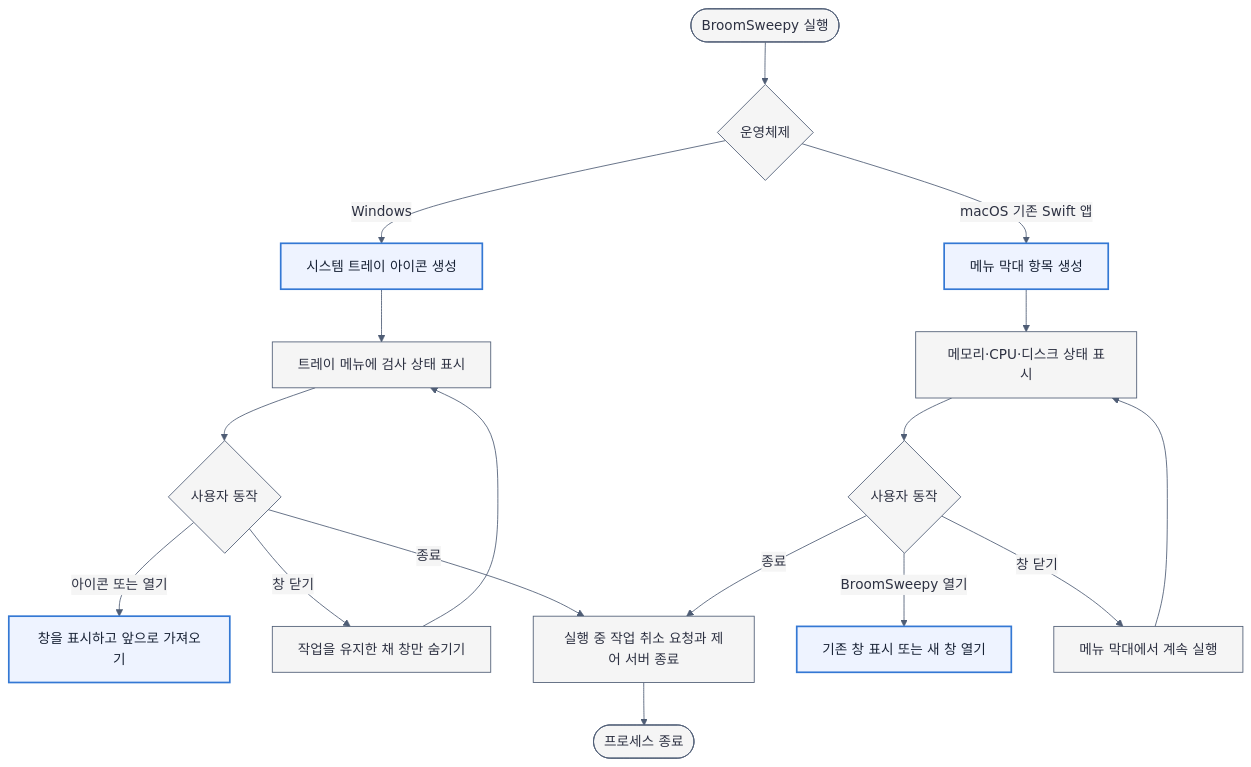
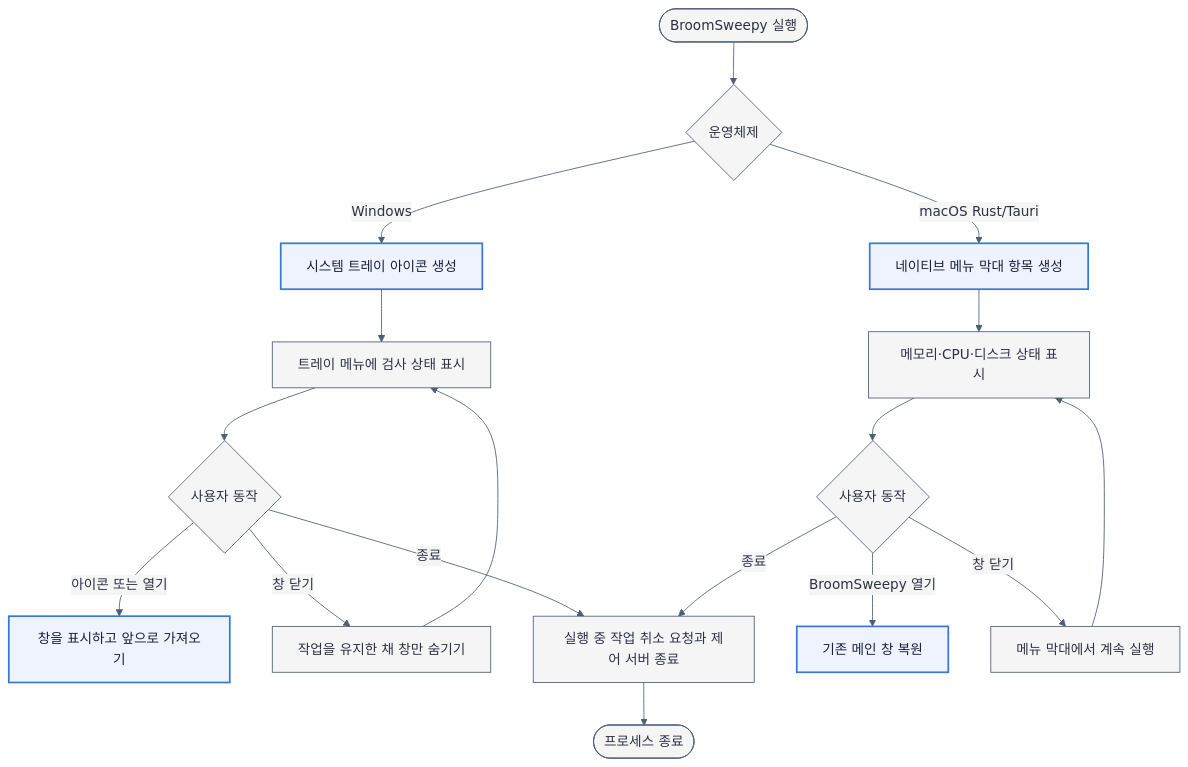
Before and after one commit to Dannykkh/bloomsweepy: the diagram in docs/flow-diagrams/desktop-resident-shell.mmd, drawn with Mermaid. The commit also changed 100 other files, not shown here.

Commit message:
chore: retire legacy Swift app and keep Rust-only builds

```diff
--- a/docs/flow-diagrams/desktop-resident-shell.mmd
+++ b/docs/flow-diagrams/desktop-resident-shell.mmd
@@ -1,33 +1,33 @@
 ---
 config:
   theme: base
   themeVariables:
     primaryColor: "#f5f5f5"
     primaryTextColor: "#2d3142"
     primaryBorderColor: "#4f5d75"
     lineColor: "#4f5d75"
 ---
 flowchart TD
     Start([BroomSweepy 실행]) --> Platform{운영체제}
     Platform -->|Windows| Tray[시스템 트레이 아이콘 생성]
-    Platform -->|macOS 기존 Swift 앱| MenuBar[메뉴 막대 항목 생성]
+    Platform -->|macOS Rust/Tauri| MenuBar[네이티브 메뉴 막대 항목 생성]
 
     Tray --> WinStatus[트레이 메뉴에 검사 상태 표시]
     MenuBar --> MacStatus[메모리·CPU·디스크 상태 표시]
 
     WinStatus --> WinAction{사용자 동작}
     WinAction -->|아이콘 또는 열기| ShowWindow[창을 표시하고 앞으로 가져오기]
     WinAction -->|창 닫기| HideWindow[작업을 유지한 채 창만 숨기기]
     HideWindow --> WinStatus
     WinAction -->|종료| Shutdown[실행 중 작업 취소 요청과 제어 서버 종료]
 
     MacStatus --> MacAction{사용자 동작}
-    MacAction -->|BroomSweepy 열기| ShowMac[기존 창 표시 또는 새 창 열기]
+    MacAction -->|BroomSweepy 열기| ShowMac[기존 메인 창 복원]
     MacAction -->|창 닫기| KeepResident[메뉴 막대에서 계속 실행]
     KeepResident --> MacStatus
     MacAction -->|종료| Shutdown
 
     Shutdown --> Exit([프로세스 종료])
 
     classDef accent fill:#eef3ff,stroke:#3478d4,stroke-width:2px,color:#182235
     class Tray,MenuBar,ShowWindow,ShowMac accent
```
